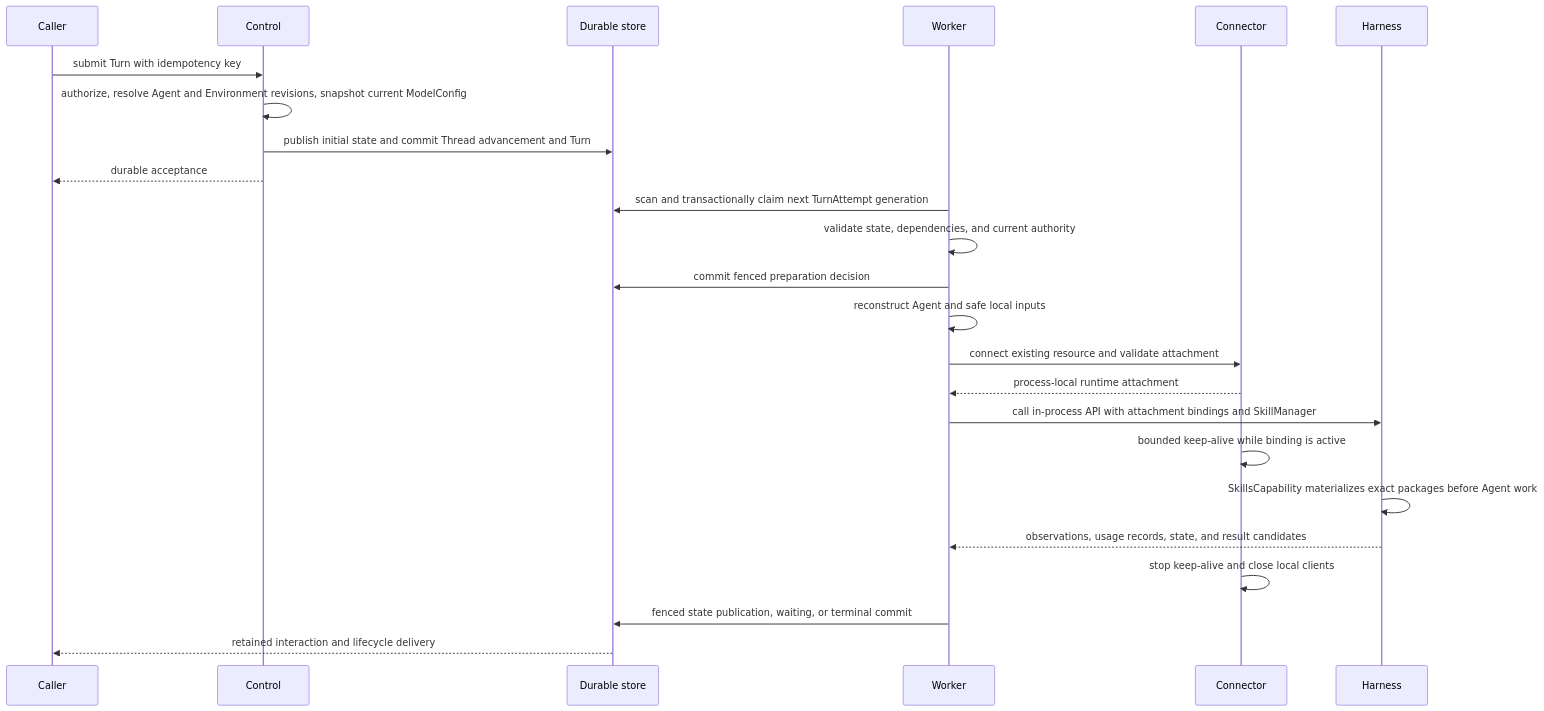
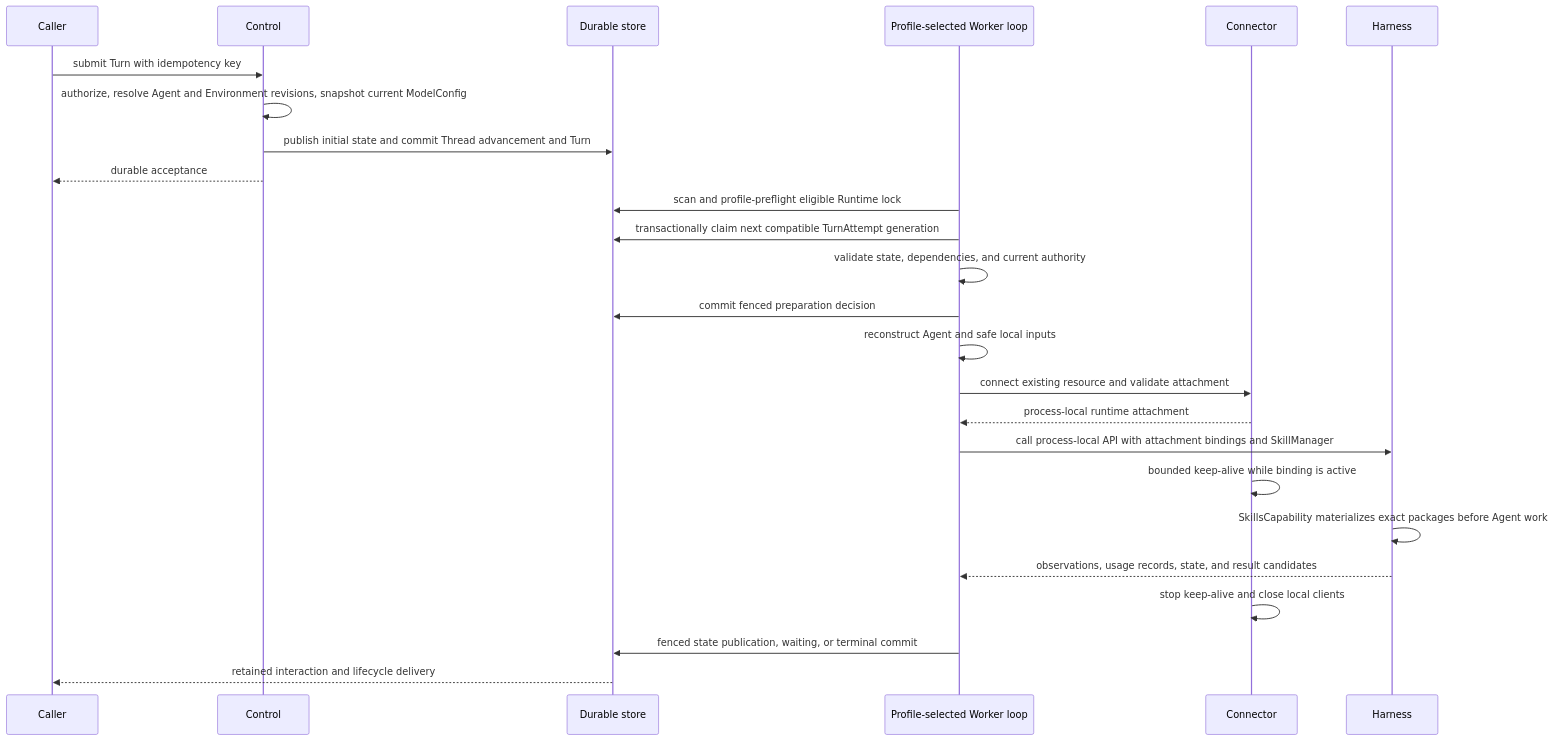
Before and after one commit to LTThreeComma/agent-foundation: the second of 3 diagrams in spec/foundation-service/00-overview.md, drawn with Mermaid. The commit also changed other lines of this file and 23 other files, not shown here.

````diff
--- a/spec/foundation-service/00-overview.md
+++ b/spec/foundation-service/00-overview.md
@@ -100,27 +107,28 @@
 ```mermaid
 sequenceDiagram
     participant Caller
     participant Control
     participant DB as Durable store
-    participant Worker
+    participant Worker as Profile-selected Worker loop
     participant Connector
     participant Harness
 
     Caller->>Control: submit Turn with idempotency key
     Control->>Control: authorize, resolve Agent and Environment revisions, snapshot current ModelConfig
     Control->>DB: publish initial state and commit Thread advancement and Turn
     Control-->>Caller: durable acceptance
-    Worker->>DB: scan and transactionally claim next TurnAttempt generation
+    Worker->>DB: scan and profile-preflight eligible Runtime lock
+    Worker->>DB: transactionally claim next compatible TurnAttempt generation
     Worker->>Worker: validate state, dependencies, and current authority
     Worker->>DB: commit fenced preparation decision
     Worker->>Worker: reconstruct Agent and safe local inputs
     Worker->>Connector: connect existing resource and validate attachment
     Connector-->>Worker: process-local runtime attachment
-    Worker->>Harness: call in-process API with attachment bindings and SkillManager
+    Worker->>Harness: call process-local API with attachment bindings and SkillManager
     Connector->>Connector: bounded keep-alive while binding is active
     Harness->>Harness: SkillsCapability materializes exact packages before Agent work
     Harness-->>Worker: observations, usage records, state, and result candidates
     Connector->>Connector: stop keep-alive and close local clients
     Worker->>DB: fenced state publication, waiting, or terminal commit
     DB-->>Caller: retained interaction and lifecycle delivery
 ```
````
